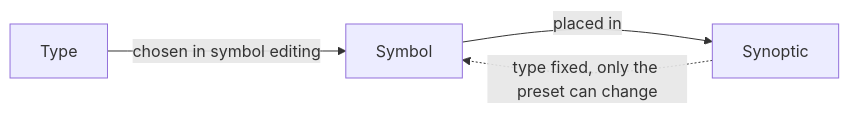
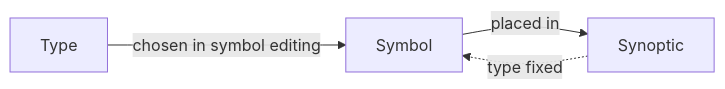
One commit to AlexandreGallais/synoptic-studio-spec changed diagram 13 of 50 in metadata/draft.md. Above: the diagram before and after it, drawn with Mermaid. The commit also changed other lines of this file and 65 other files, not shown here.

````diff
--- a/metadata/draft.md
+++ b/metadata/draft.md
@@ -262,6 +262,6 @@
 ```mermaid
 flowchart LR
     TY[Type] -->|"chosen in symbol editing"| SY[Symbol]
     SY -->|"placed in"| SN[Synoptic]
-    SN -.->|"type fixed, only the preset can change"| SY
+    SN -.->|"type fixed"| SY
 ```
````
